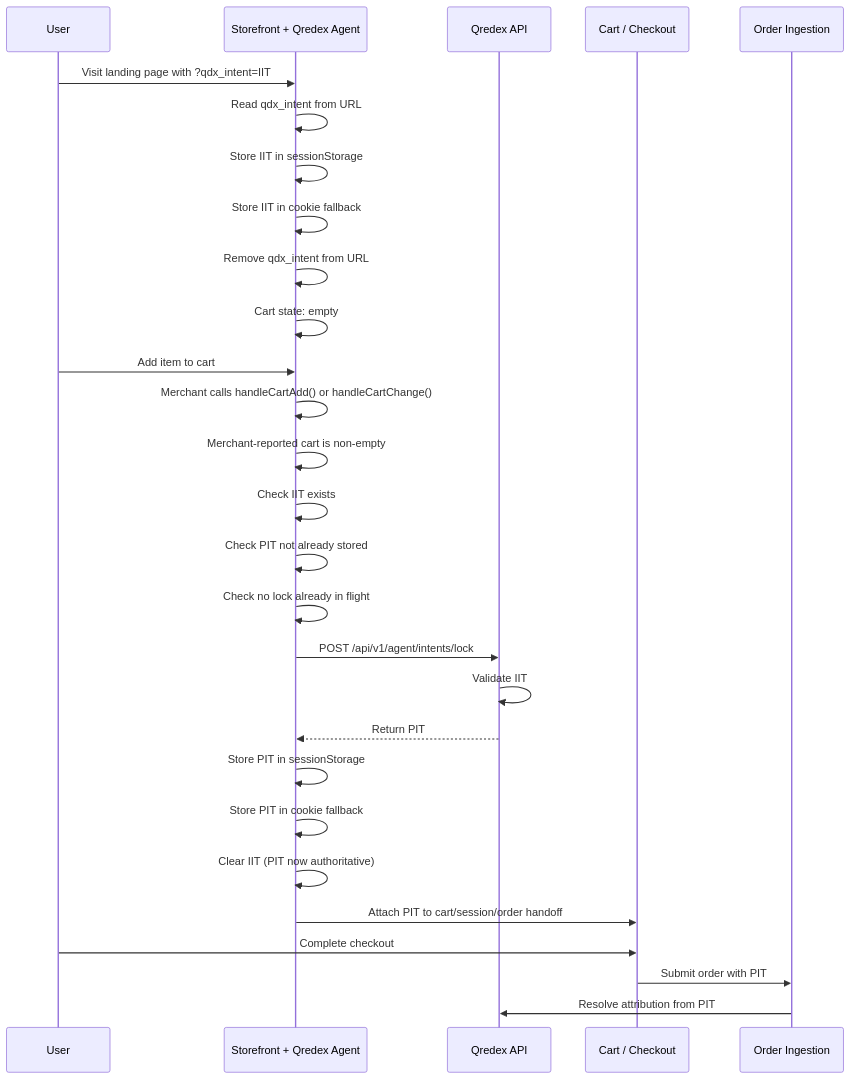
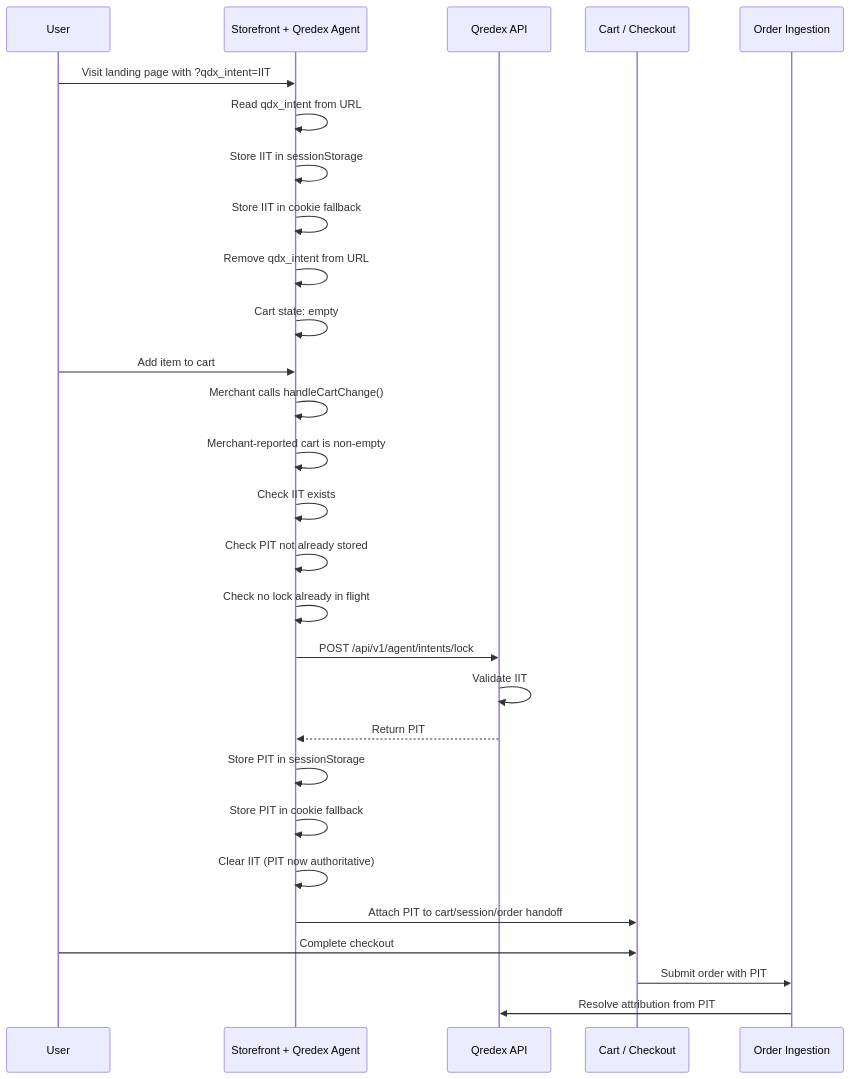
One commit to Qredex/qredex-agent changed the diagram in docs/QREDEX_AGENT_FLOW.md. Above: the diagram before and after it, drawn with Mermaid. The commit also changed other lines of this file and 5 other files, not shown here.

Commit message:
Replace handleCartAdd with handleCartChange

````diff
--- a/docs/QREDEX_AGENT_FLOW.md
+++ b/docs/QREDEX_AGENT_FLOW.md
@@ -91,35 +91,35 @@
 ```mermaid
 sequenceDiagram
     participant U as User
     participant FE as Storefront + Qredex Agent
     participant Q as Qredex API
     participant C as Cart / Checkout
     participant O as Order Ingestion
 
     U->>FE: Visit landing page with ?qdx_intent=IIT
     FE->>FE: Read qdx_intent from URL
     FE->>FE: Store IIT in sessionStorage
     FE->>FE: Store IIT in cookie fallback
     FE->>FE: Remove qdx_intent from URL
     FE->>FE: Cart state: empty
 
     U->>FE: Add item to cart
-    FE->>FE: Merchant calls handleCartAdd() or handleCartChange()
+    FE->>FE: Merchant calls handleCartChange()
     FE->>FE: Merchant-reported cart is non-empty
     FE->>FE: Check IIT exists
     FE->>FE: Check PIT not already stored
     FE->>FE: Check no lock already in flight
 
     FE->>Q: POST /api/v1/agent/intents/lock
     Q->>Q: Validate IIT
     Q-->>FE: Return PIT
 
     FE->>FE: Store PIT in sessionStorage
     FE->>FE: Store PIT in cookie fallback
     FE->>FE: Clear IIT (PIT now authoritative)
     FE->>C: Attach PIT to cart/session/order handoff
 
     U->>C: Complete checkout
     C->>O: Submit order with PIT
     O->>Q: Resolve attribution from PIT
 ```
````
